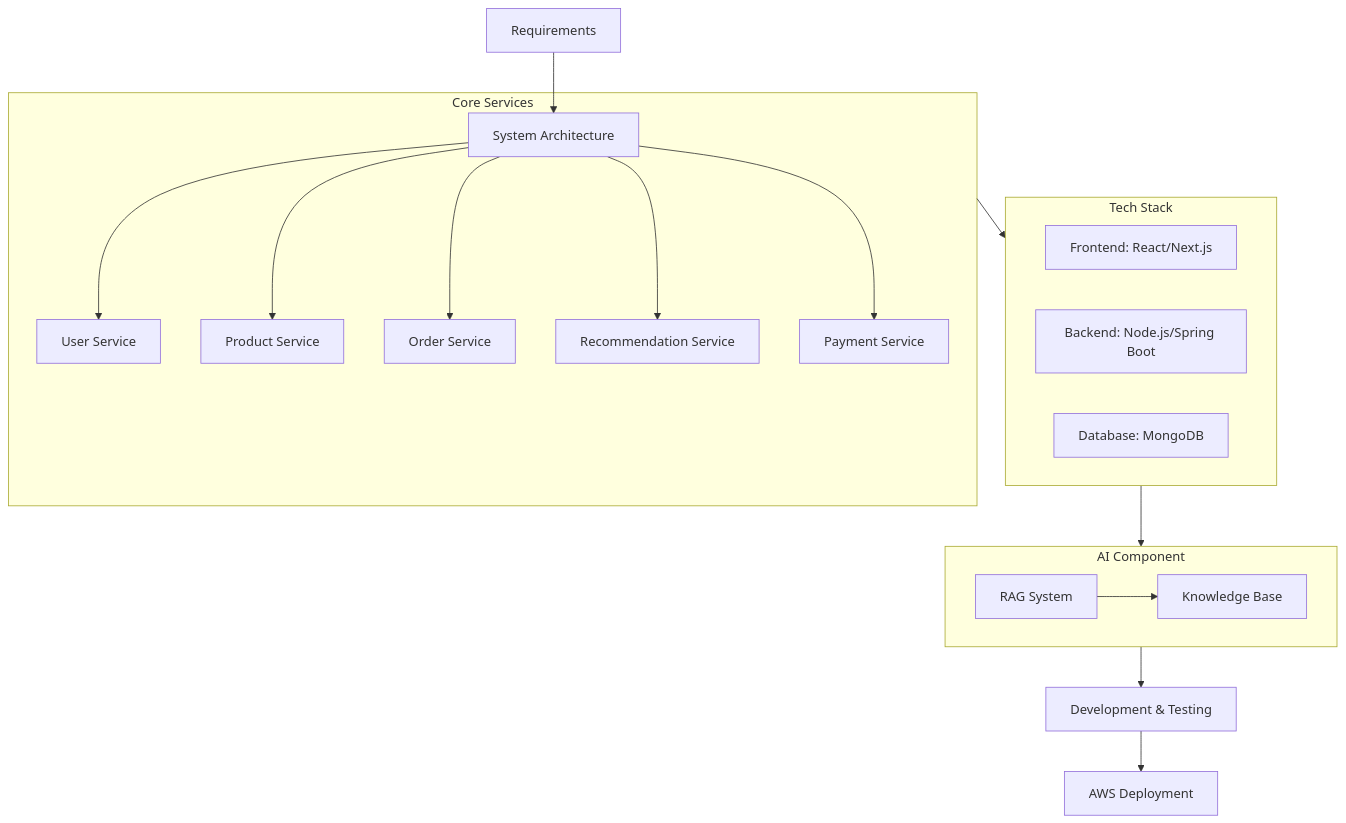
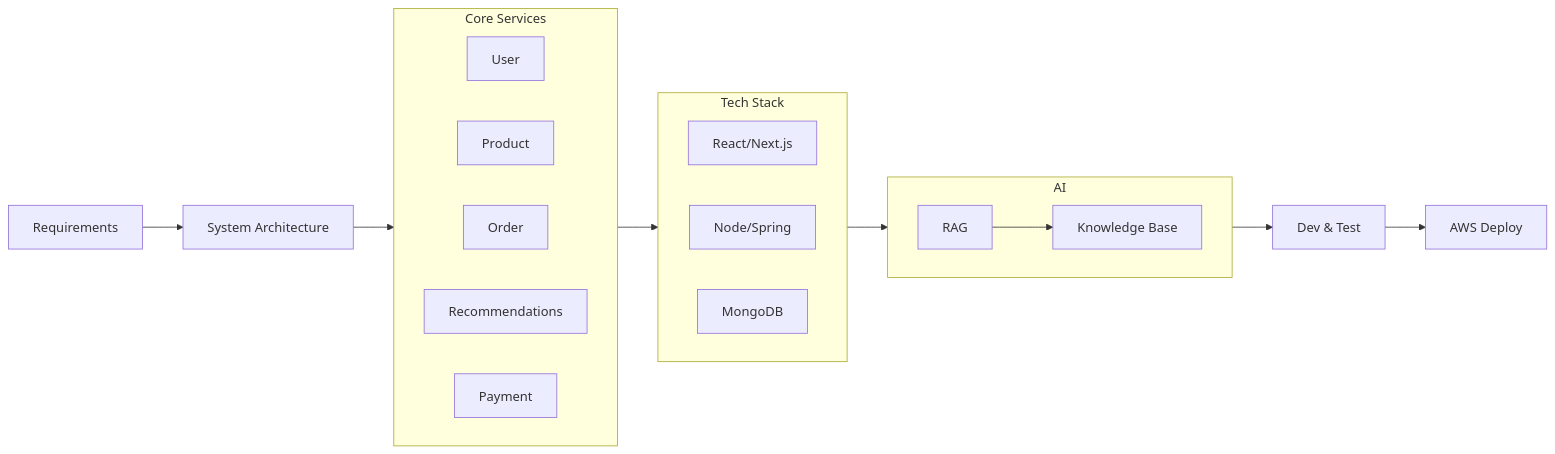
Before and after one commit to IainMosima/qijani-refactored-backend: the diagram in umls/SystemArchitecture.md, drawn with Mermaid. The commit also changed 4 other files, not shown here.

Commit message:
added umls diagrams

````diff
--- a/umls/SystemArchitecture.md
+++ b/umls/SystemArchitecture.md
@@ -1,33 +1,31 @@
 ```mermaid
-flowchart TD
+flowchart LR
     A[Requirements] --> B[System Architecture]
     
     subgraph Services[Core Services]
-        B --> C[User Service]
-        B --> D[Product Service]
-        B --> E[Order Service]
-        B --> F[Recommendation Service]
-        B --> G[Payment Service]
+        direction LR
+        C[User]
+        D[Product]
+        E[Order]
+        F[Recommendations]
+        G[Payment]
     end
     
     subgraph Stack[Tech Stack]
-        H[Frontend: React/Next.js]
-        I[Backend: Node.js/Spring Boot]
-        J[Database: MongoDB]
+        direction LR
+        H[React/Next.js]
+        I[Node/Spring]
+        J[MongoDB]
     end
     
-    Services --> Stack
-    
-    subgraph AI[AI Component]
-        K[RAG System]
-        L[Knowledge Base]
-        K --> L
+    subgraph AI[AI]
+        direction LR
+        K[RAG] --> L[Knowledge Base]
     end
     
+    B --> Services
+    Services --> Stack
     Stack --> AI
-    
-    M[Development & Testing]
-    AI --> M
-    
-    M --> N[AWS Deployment]
+    AI --> M[Dev & Test]
+    M --> N[AWS Deploy]
 ```
````
